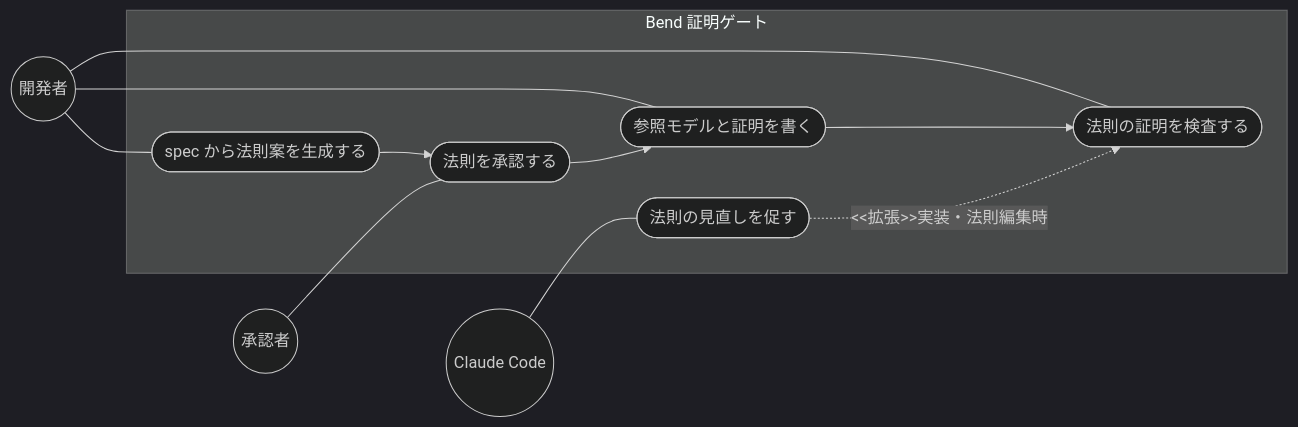
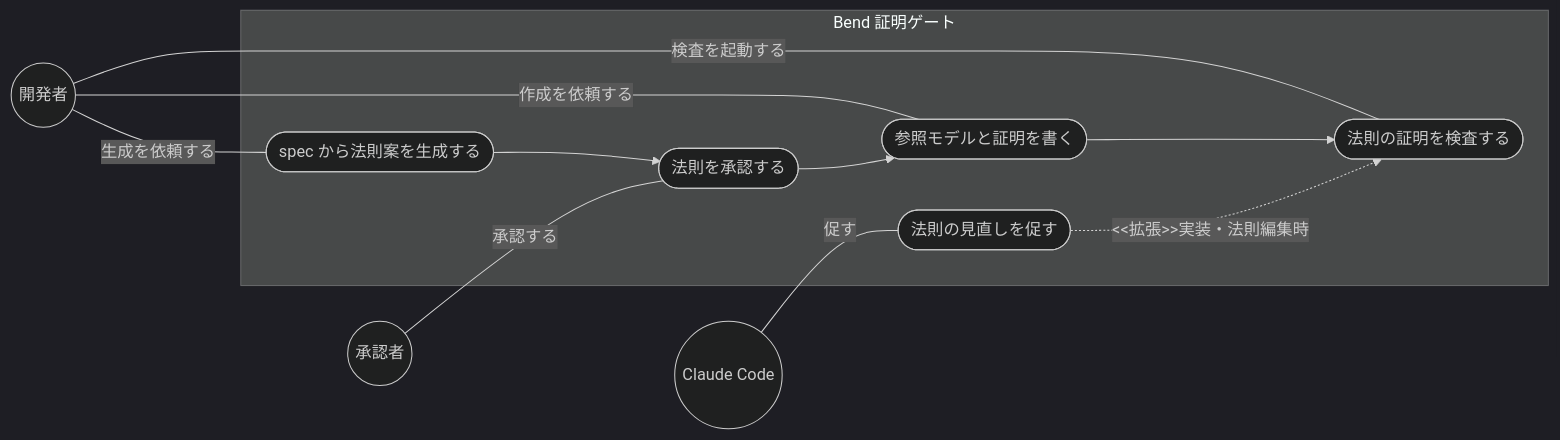
Before and after one commit to ToshikiImagawa/ai-sdd-workflow-dev: the first of 2 diagrams in .sdd/requirement/task-implementation/proof-gate.md, drawn with Mermaid.

Commit message:
[docs] #160 proof-gate PRD のユースケース図でアクター関連線にラベルを付ける (#161)
開発者と「法則の証明を検査する」など 5 本のアクター関連線が無ラベルで、
開発者がどう関与するかが図から読み取れなかった（修正案 A）。
ノード・エッジの追加削除はせず、`---|"ラベル"|` でラベルのみ付与する。

Claude-Session: https://claude.ai/code/session_01Uk4PQ5USX2gTGM2Phjnve2

````diff
--- a/.sdd/requirement/task-implementation/proof-gate.md
+++ b/.sdd/requirement/task-implementation/proof-gate.md
@@ -42,25 +42,25 @@
 ```mermaid
 %%{init: {'theme': 'dark'}}%%
 flowchart LR
     Developer((開発者))
     Approver((承認者))
     ClaudeCode((Claude Code))
 
     subgraph ProofGate["Bend 証明ゲート"]
         DraftLaws([spec から法則案を生成する])
         ApproveLaws([法則を承認する])
         WriteModel([参照モデルと証明を書く])
         RunProof([法則の証明を検査する])
         RemindReview([法則の見直しを促す])
     end
 
-    Developer --- DraftLaws
-    Approver --- ApproveLaws
-    Developer --- WriteModel
-    Developer --- RunProof
-    ClaudeCode --- RemindReview
+    Developer ---|"生成を依頼する"| DraftLaws
+    Approver ---|"承認する"| ApproveLaws
+    Developer ---|"作成を依頼する"| WriteModel
+    Developer ---|"検査を起動する"| RunProof
+    ClaudeCode ---|"促す"| RemindReview
     DraftLaws --> ApproveLaws
     ApproveLaws --> WriteModel
     WriteModel --> RunProof
     RemindReview -.->|"<<拡張>>実装・法則編集時"| RunProof
 ```
````
